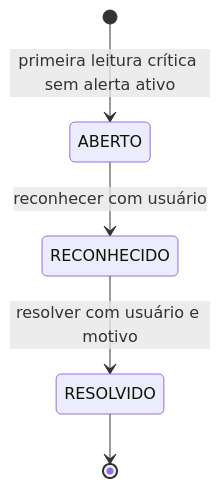
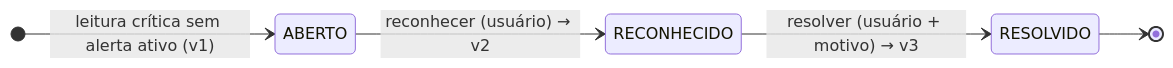
Before and after one commit to MaycomEstevaum/monitoramento-hospitalar: the second of 2 diagrams in codigo/README.md, drawn with Mermaid. The commit also changed other lines of this file and 29 other files, not shown here.

````diff
--- a/codigo/README.md
+++ b/codigo/README.md
@@ -17,8 +198,8 @@
 ```mermaid
 stateDiagram-v2
-    direction TB
-    [*] --> ABERTO : primeira leitura crítica sem alerta ativo
-    ABERTO --> RECONHECIDO : reconhecer com usuário
-    RECONHECIDO --> RESOLVIDO : resolver com usuário e motivo
+    direction LR
+    [*] --> ABERTO : leitura crítica sem alerta ativo (v1)
+    ABERTO --> RECONHECIDO : reconhecer (usuário) → v2
+    RECONHECIDO --> RESOLVIDO : resolver (usuário + motivo) → v3
     RESOLVIDO --> [*]
 ```
````
